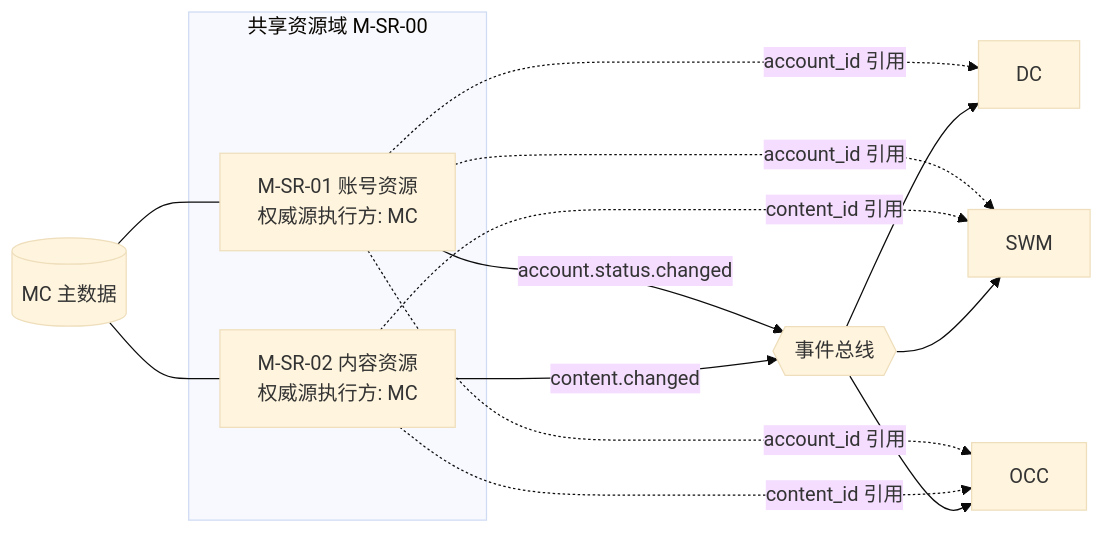
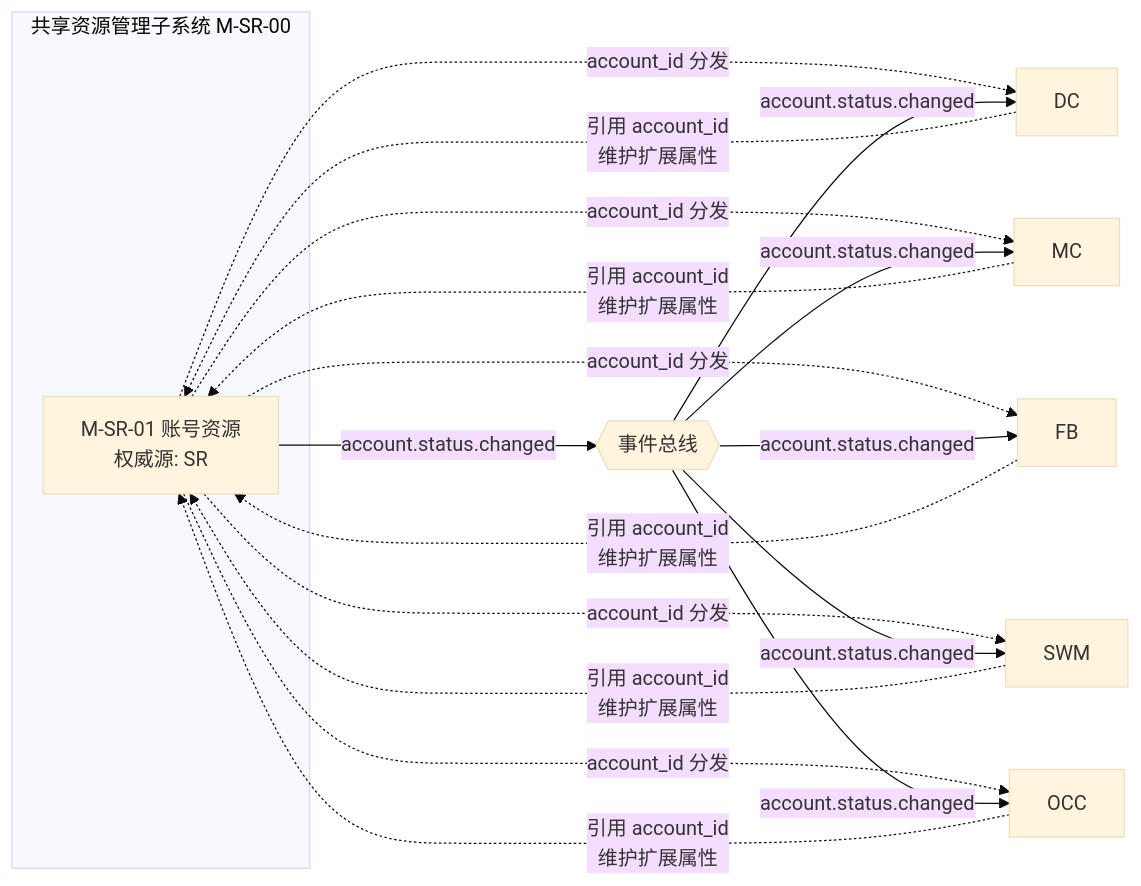
One commit to Sj-g/obsidian changed diagram 14 of 14 in 公司项目/认知作战/文档/软件概要设计说明.md. Above: the diagram before and after it, drawn with Mermaid (base theme). The commit also changed other lines of this file and 1 other file, not shown here.

````diff
--- a/公司项目/认知作战/文档/软件概要设计说明.md
+++ b/公司项目/认知作战/文档/软件概要设计说明.md
@@ -1398,13 +1417,10 @@
 ```mermaid
 flowchart LR
-    subgraph SR["共享资源域 M-SR-00"]
-        SR1["M-SR-01 账号资源<br/>权威源执行方: MC"]
-        SR2["M-SR-02 内容资源<br/>权威源执行方: MC"]
+    subgraph SR["共享资源管理子系统 M-SR-00"]
+        SR1["M-SR-01 账号资源<br/>权威源: SR"]
     end
-    MC[("MC 主数据")] --- SR1 & SR2
-    SR1 -.->|"account_id 引用"| DC & SWM & OCC
-    SR2 -.->|"content_id 引用"| SWM & OCC
+    SR1 -.->|"account_id 分发"| DC & MC & FB & SWM & OCC
     SR1 -->|"account.status.changed"| BUS{{"事件总线"}}
-    SR2 -->|"content.changed"| BUS
-    BUS --> DC & SWM & OCC
+    BUS -->|"account.status.changed"| DC & MC & FB & SWM & OCC
+    DC & MC & FB & SWM & OCC -.->|"引用 account_id<br/>维护扩展属性"| SR1
 ```
````
